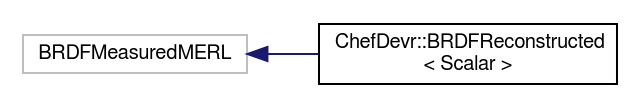
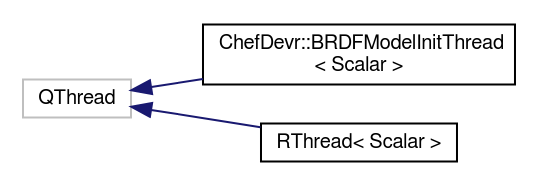
The diagram in docs/inherit_graph_5.dot (bsella/brdf), drawn with Graphviz before and after one commit. The commit also changed 80 other files, not shown here.

```diff
--- a/docs/inherit_graph_5.dot
+++ b/docs/inherit_graph_5.dot
@@ -1,10 +1,12 @@
 digraph "Graphical Class Hierarchy"
 {
  // LATEX_PDF_SIZE
   edge [fontname="FreeSans",fontsize="10",labelfontname="FreeSans",labelfontsize="10"];
   node [fontname="FreeSans",fontsize="10",shape=record];
   rankdir="LR";
-  Node24 [label="BRDFMeasuredMERL",height=0.2,width=0.4,color="grey75", fillcolor="white", style="filled",tooltip=" "];
-  Node24 -> Node0 [dir="back",color="midnightblue",fontsize="10",style="solid",fontname="FreeSans"];
-  Node0 [label="ChefDevr::BRDFReconstructed\l\< Scalar \>",height=0.2,width=0.4,color="black", fillcolor="white", style="filled",URL="$class_chef_devr_1_1_b_r_d_f_reconstructed.html",tooltip="A reconstructed BRDF, in the original space Manipulable with BRDF Explorer."];
+  Node7 [label="QThread",height=0.2,width=0.4,color="grey75", fillcolor="white", style="filled",tooltip=" "];
+  Node7 -> Node0 [dir="back",color="midnightblue",fontsize="10",style="solid",fontname="FreeSans"];
+  Node0 [label="ChefDevr::BRDFModelInitThread\l\< Scalar \>",height=0.2,width=0.4,color="black", fillcolor="white", style="filled",URL="$class_chef_devr_1_1_b_r_d_f_model_init_thread.html",tooltip=" "];
+  Node7 -> Node9 [dir="back",color="midnightblue",fontsize="10",style="solid",fontname="FreeSans"];
+  Node9 [label="RThread\< Scalar \>",height=0.2,width=0.4,color="black", fillcolor="white", style="filled",URL="$class_r_thread.html",tooltip=" "];
 }
```
